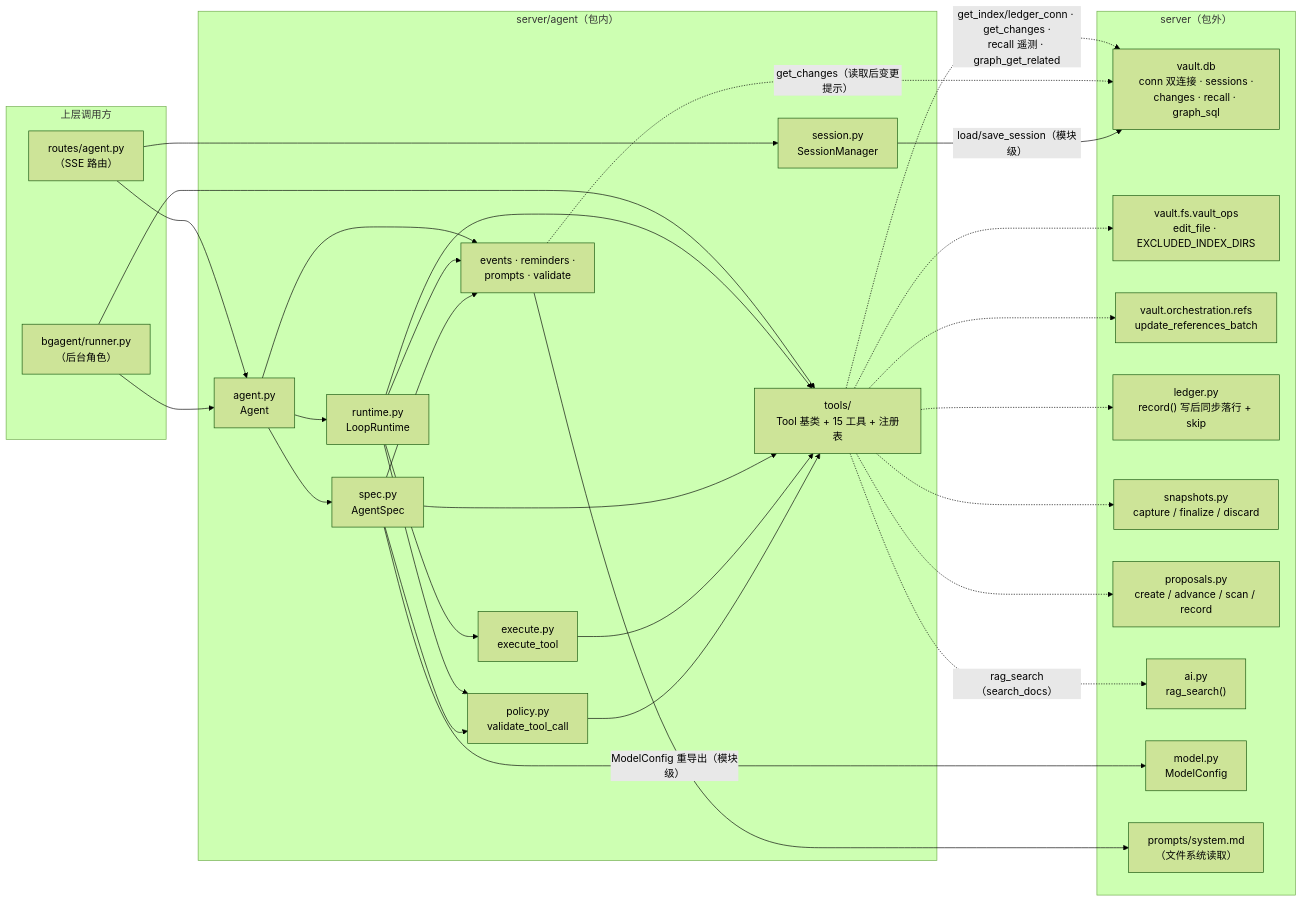
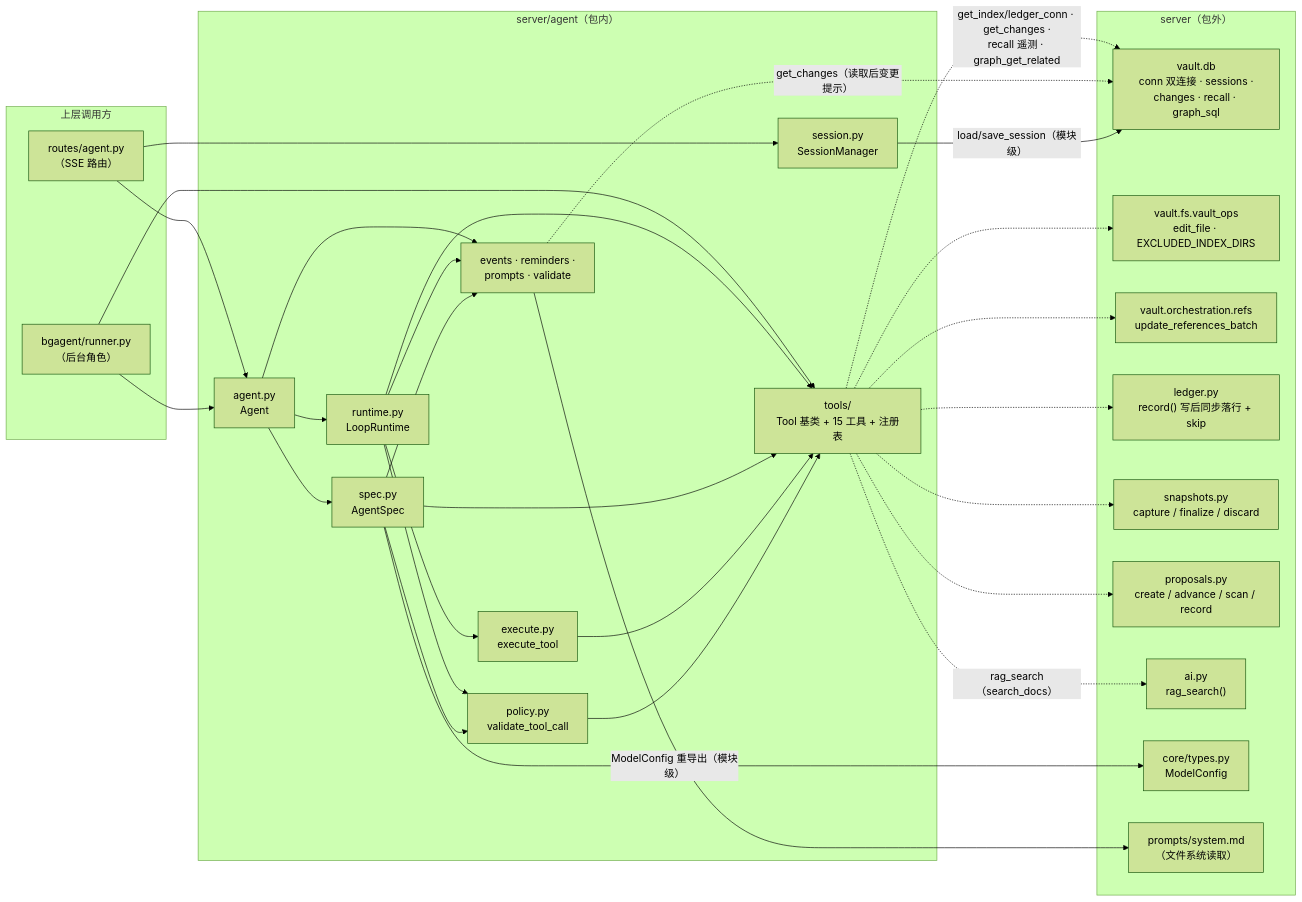
Before and after one commit to 1724509233/md-repo: the diagram in server/agent/README.md, drawn with Mermaid (forest theme). The commit also changed other lines of this file and 7 other files, not shown here.

````diff
--- a/server/agent/README.md
+++ b/server/agent/README.md
@@ -135,50 +135,50 @@
 ```mermaid
 flowchart LR
     subgraph callers["上层调用方"]
         routes["routes/agent.py<br/>（SSE 路由）"]
         bg["bgagent/runner.py<br/>（后台角色）"]
     end
 
     subgraph pkg["server/agent（包内）"]
         spec["spec.py<br/>AgentSpec"]
         agent["agent.py<br/>Agent"]
         runtime["runtime.py<br/>LoopRuntime"]
         session["session.py<br/>SessionManager"]
         policy["policy.py<br/>validate_tool_call"]
         execute["execute.py<br/>execute_tool"]
         tools["tools/<br/>Tool 基类 + 15 工具 + 注册表"]
         aux["events · reminders ·<br/>prompts · validate"]
     end
 
     subgraph out["server（包外）"]
         vaultdb["vault.db<br/>conn 双连接 · sessions ·<br/>changes · recall · graph_sql"]
         vaultfs["vault.fs.vault_ops<br/>edit_file · EXCLUDED_INDEX_DIRS"]
         refs["vault.orchestration.refs<br/>update_references_batch"]
         ledger["ledger.py<br/>record() 写后同步落行 + skip"]
         snapshots["snapshots.py<br/>capture / finalize / discard"]
         proposals["proposals.py<br/>create / advance / scan / record"]
         ai["ai.py<br/>rag_search()"]
-        model["model.py<br/>ModelConfig"]
+        model["core/types.py<br/>ModelConfig"]
         sysmd["prompts/system.md<br/>（文件系统读取）"]
     end
 
     routes --> agent & session
     bg --> agent & tools
     agent --> spec & runtime & aux
     runtime --> policy & execute & tools & aux
     spec --> policy & tools & aux
     execute --> tools
     policy --> tools
 
     tools -. "get_index/ledger_conn · get_changes ·<br/>recall 遥测 · graph_get_related" .-> vaultdb
     tools -.-> vaultfs
     tools -.-> refs
     tools -.-> ledger
     tools -.-> snapshots
     tools -.-> proposals
     tools -. "rag_search（search_docs）" .-> ai
     aux -. "get_changes（读取后变更提示）" .-> vaultdb
     aux --> sysmd
     session -- "load/save_session（模块级）" --> vaultdb
     spec -- "ModelConfig 重导出（模块级）" --> model
 ```
````
